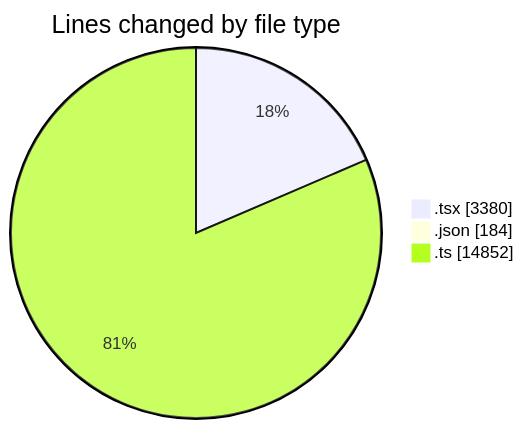
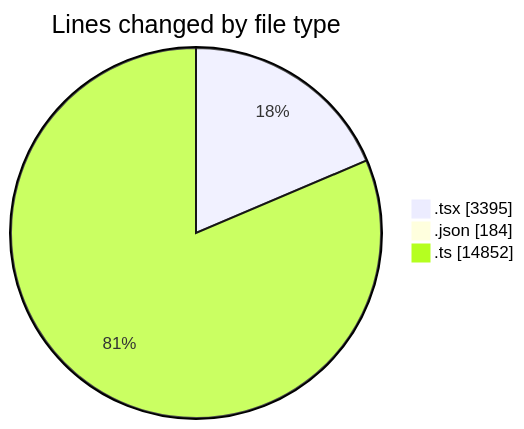
The first of 2 diagrams in 2025-11-21/cda/README.md (momahboobian/code-tracking), drawn with Mermaid before and after one commit. The commit also changed other lines of this file and 1 other file, not shown here.

````diff
--- a/2025-11-21/cda/README.md
+++ b/2025-11-21/cda/README.md
@@ -34,7 +34,7 @@
 ```mermaid
 pie showData
 title Lines changed by file type
-".tsx" : 3380
+".tsx" : 3395
 ".json" : 184
 ".ts" : 14852
 ```
````
